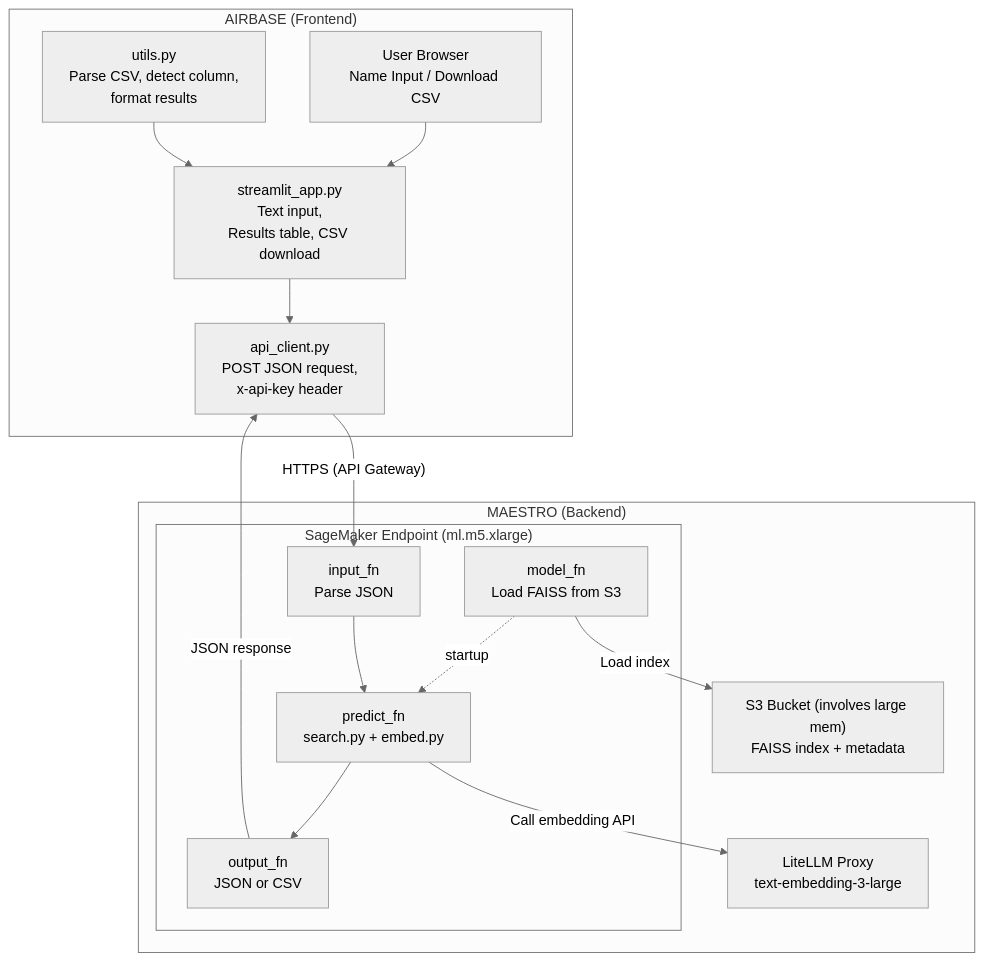
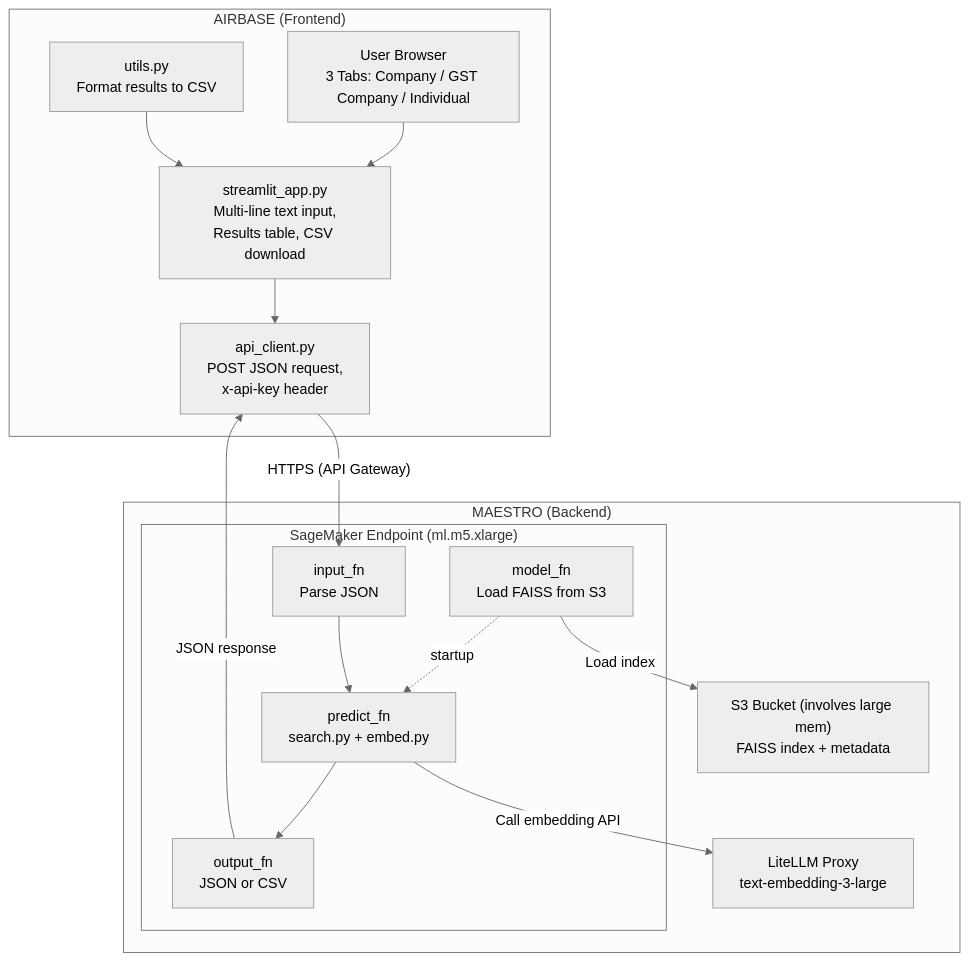
The first of 2 diagrams in README.md (supperr-coder/gst-registrants), drawn with Mermaid (neutral theme) before and after one commit. The commit also changed other lines of this file, not shown here.

First line of the commit message:
Update Mermaid diagrams to reflect new streamlit_app.py

````diff
--- a/README.md
+++ b/README.md
@@ -7,35 +7,35 @@
 ```mermaid
 graph TB
     subgraph Airbase ["AIRBASE (Frontend)"]
-        User["User Browser<br/>Name Input / Download CSV"]
-        App["streamlit_app.py<br/>Text input,<br/>Results table, CSV download"]
+        User["User Browser<br/>3 Tabs: Company / GST Company / Individual"]
+        App["streamlit_app.py<br/>Multi-line text input,<br/>Results table, CSV download"]
         API["api_client.py<br/>POST JSON request,<br/>x-api-key header"]
-        Utils["utils.py<br/>Parse CSV, detect column,<br/>format results"]
+        Utils["utils.py<br/>Format results to CSV"]
 
         User --> App
         App --> API
         Utils --> App
     end
 
     API -- "HTTPS (API Gateway)" --> Inference
 
     subgraph MAESTRO ["MAESTRO (Backend)"]
         subgraph Endpoint ["SageMaker Endpoint (ml.m5.xlarge)"]
             ModelFn["model_fn<br/>Load FAISS from S3"]
             Inference["input_fn<br/>Parse JSON"]
             Predict["predict_fn<br/>search.py + embed.py"]
             Output["output_fn<br/>JSON or CSV"]
 
             ModelFn -. "startup" .-> Predict
             Inference --> Predict --> Output
         end
 
         S3["S3 Bucket (involves large mem)<br/>FAISS index + metadata"]
         LiteLLM["LiteLLM Proxy<br/>text-embedding-3-large"]
 
         ModelFn -- "Load index" --> S3
         Predict -- "Call embedding API" --> LiteLLM
     end
 
     Output -- "JSON response" --> API
 ```
````
